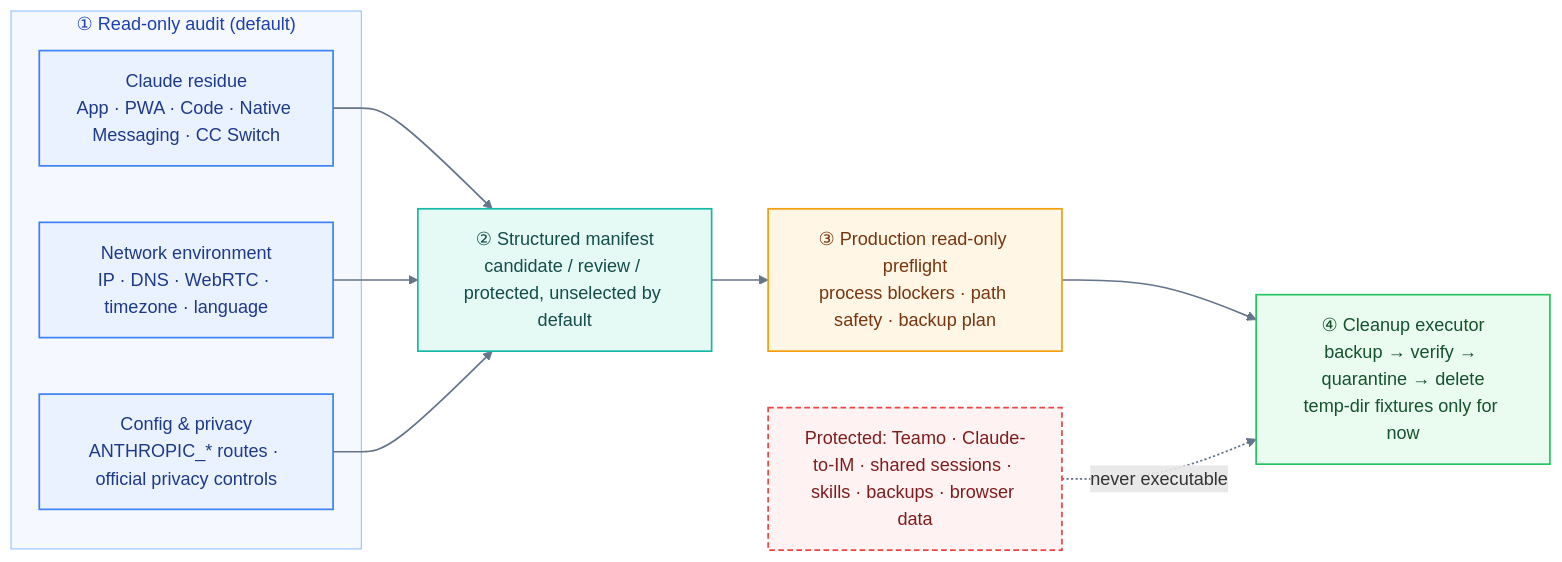
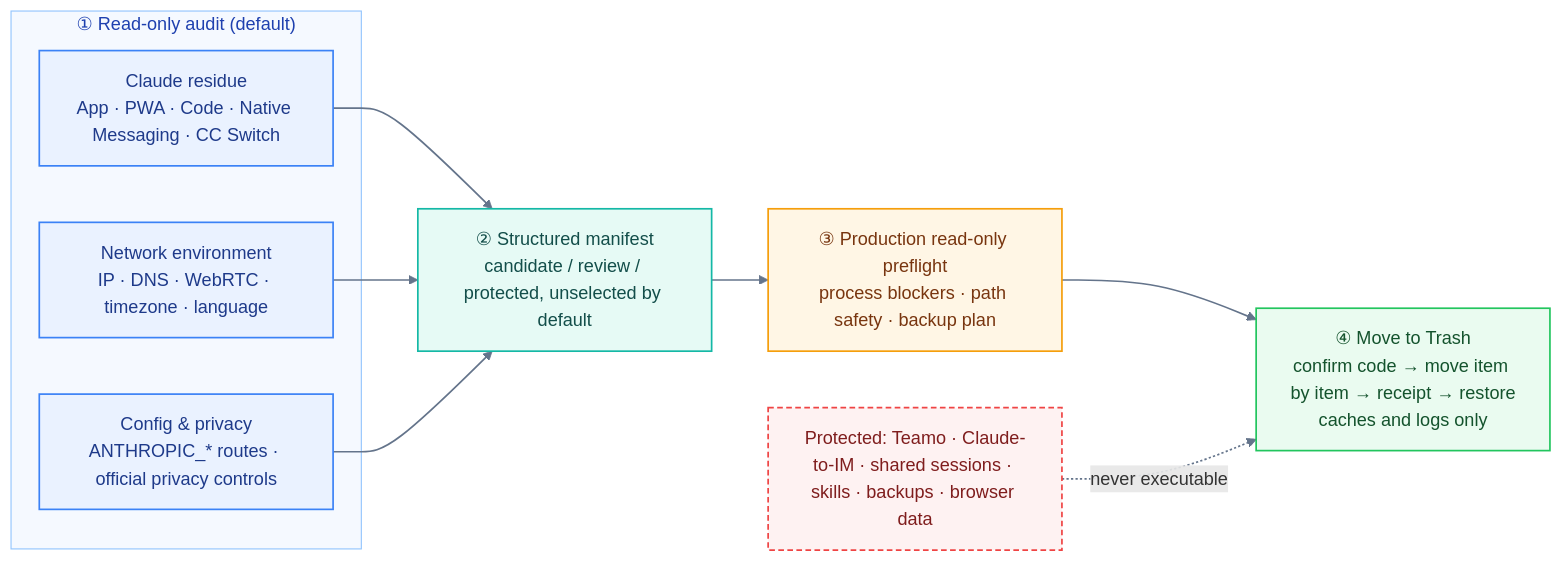
The diagram in README.en.md (pnedfff/claude-env-cleanup), drawn with Mermaid before and after one commit. The commit also changed other lines of this file and 5 other files, not shown here.

First line of the commit message:
Add trash_cleanup: move fixed cache/log candidates to a Trash batch, with restore

````diff
--- a/README.en.md
+++ b/README.en.md
@@ -14,24 +14,24 @@
 ```mermaid
 flowchart LR
   subgraph A["① Read-only audit (default)"]
     A1["Claude residue<br/>App · PWA · Code · Native Messaging · CC Switch"]
     A2["Network environment<br/>IP · DNS · WebRTC · timezone · language"]
     A3["Config & privacy<br/>ANTHROPIC_* routes · official privacy controls"]
   end
   A1 & A2 & A3 --> B["② Structured manifest<br/>candidate / review / protected, unselected by default"]
   B --> C["③ Production read-only preflight<br/>process blockers · path safety · backup plan"]
-  C --> D["④ Cleanup executor<br/>backup → verify → quarantine → delete<br/>temp-dir fixtures only for now"]
+  C --> D["④ Move to Trash<br/>confirm code → move item by item → receipt → restore<br/>caches and logs only"]
   P["Protected: Teamo · Claude-to-IM · shared sessions · skills · backups · browser data"] -. never executable .-> D
   classDef audit fill:#EAF2FF,stroke:#3B82F6,stroke-width:1.5px,color:#1E3A8A
   classDef manifest fill:#E6FAF5,stroke:#14B8A6,stroke-width:1.5px,color:#134E4A
   classDef preflight fill:#FFF6E5,stroke:#F59E0B,stroke-width:1.5px,color:#78350F
   classDef exec fill:#EAFBF0,stroke:#22C55E,stroke-width:1.5px,color:#14532D
   classDef guard fill:#FEF2F2,stroke:#EF4444,stroke-width:1.5px,stroke-dasharray:5 3,color:#7F1D1D
   class A1,A2,A3 audit
   class B manifest
   class C preflight
   class D exec
   class P guard
   style A fill:#F5F9FF,stroke:#93C5FD,stroke-width:1px,color:#1E40AF
   linkStyle default stroke:#64748B,stroke-width:1.5px
 ```
````
